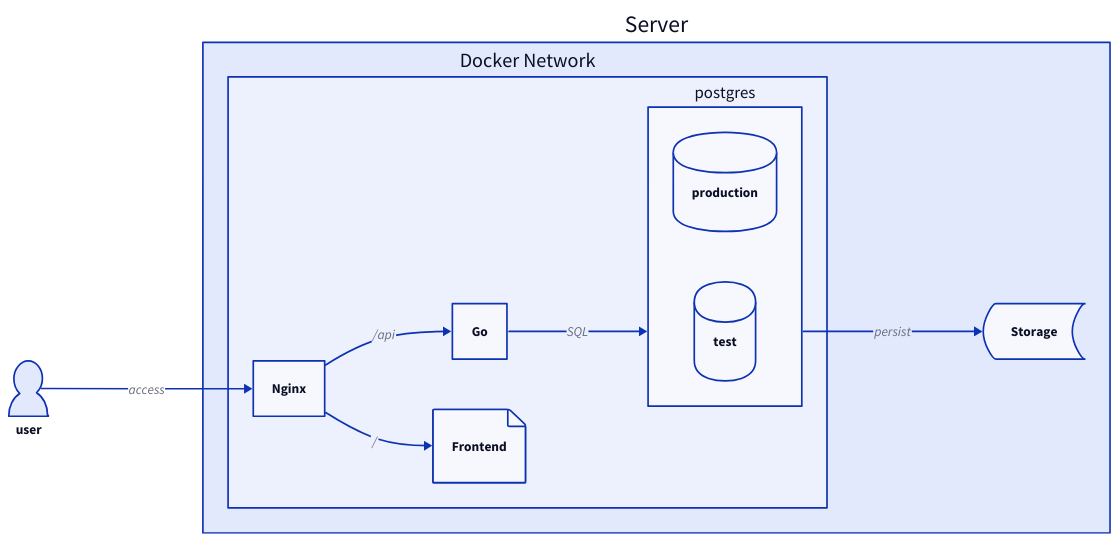
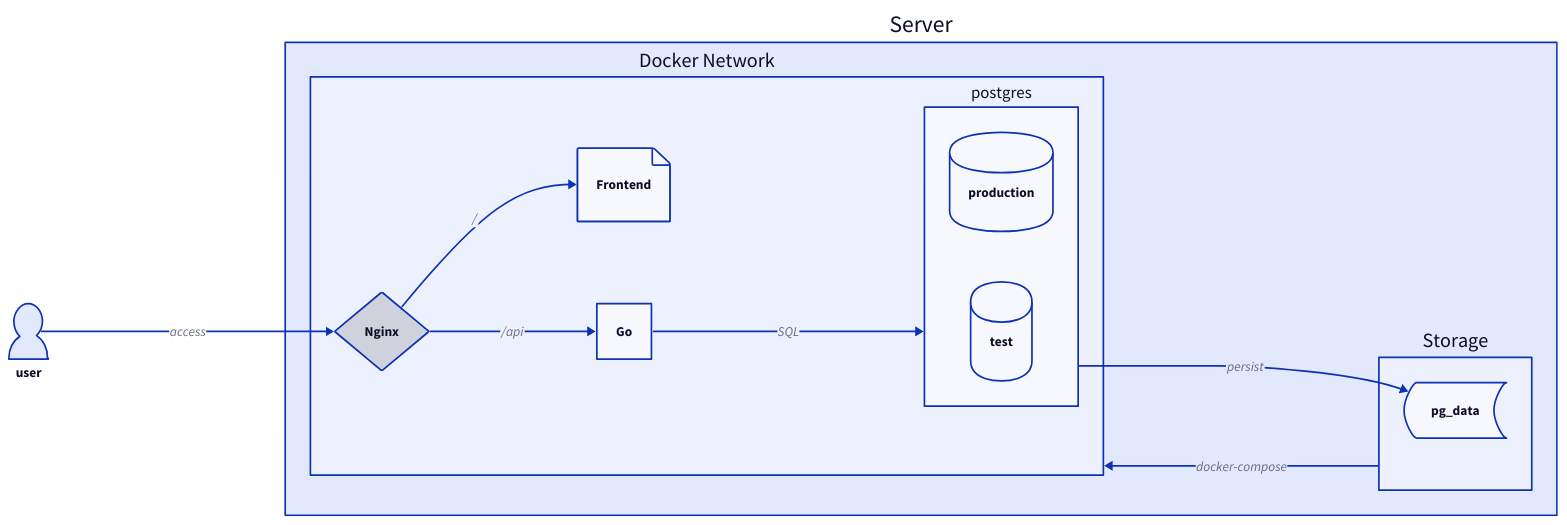
The diagram in plan.d2 (jakesmith-101/psychic-waffle), drawn with D2 before and after one commit.

Commit message:
Rearrange plan.d2 to make it legible

```diff
--- a/plan.d2
+++ b/plan.d2
@@ -1,30 +1,36 @@
 Server: {
   Docker Network: {
+    Nginx: {
+      shape: diamond
+    }
+    Frontend: {
+      shape: page
+    }
+    Go
+
     postgres: {
       production: {
         shape: cylinder
       }
       test: {
         shape: cylinder
       }
     }
-    Go
-    Nginx
-    Frontend: {
-      shape: page
-    }
 
     Nginx -> Go: /api
     Nginx -> Frontend: /
     Go -> postgres: SQL
   }
   Storage: {
-    shape: stored_data
+    pg_data: {
+      shape: stored_data
+    }
   }
-  Docker Network.postgres -> Storage: persist
+  Docker Network.postgres -> Storage.pg_data: persist
+  Storage -> Docker Network: docker-compose
 }
 user: {
   shape: person
 }
+user -> Server.Docker Network.Nginx: access
 direction: right
-user -> Server.Docker Network.Nginx: access
```
